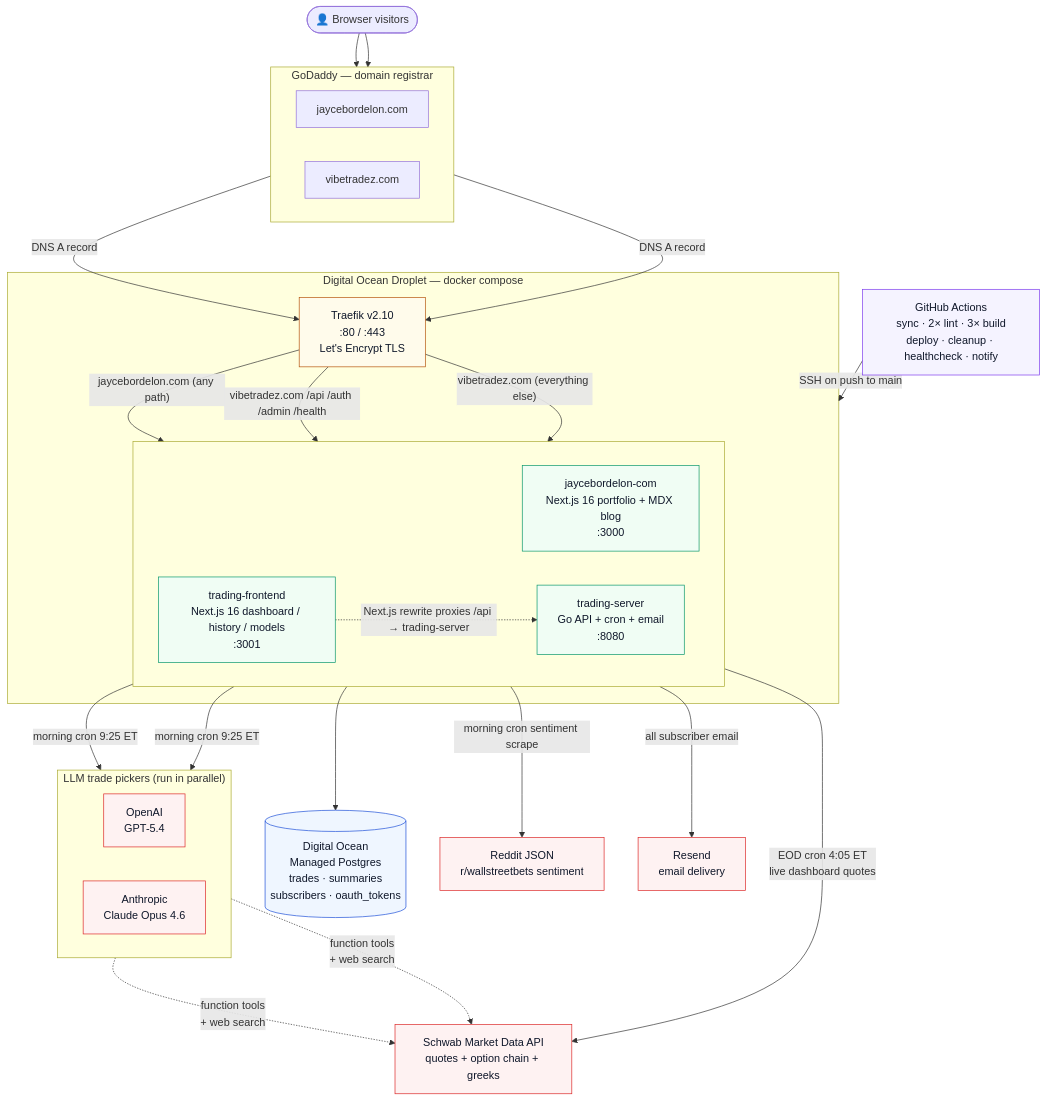
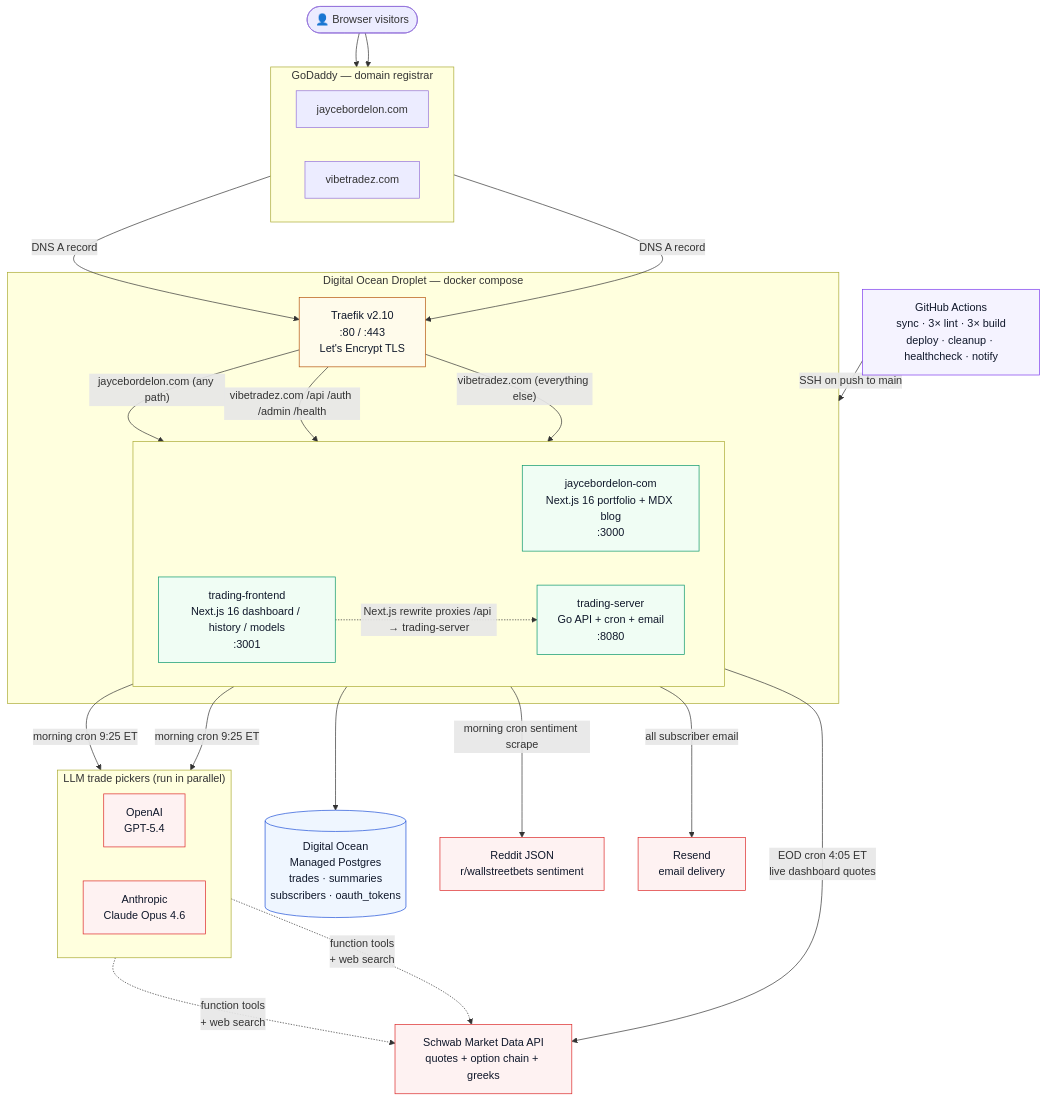
One commit to JayceBordelon/jaycestuff changed the first of 2 diagrams in README.md. Above: the diagram before and after it, drawn with Mermaid. The commit also changed other lines of this file and 5 other files, not shown here.

````diff
--- a/README.md
+++ b/README.md
@@ -7,63 +7,63 @@
 ```mermaid
 flowchart TB
     classDef external fill:#fef2f2,stroke:#dc2626,color:#0f172a
     classDef droplet fill:#f0fdf4,stroke:#059669,color:#0f172a
     classDef ci fill:#f5f3ff,stroke:#7c3aed,color:#0f172a
     classDef data fill:#eff6ff,stroke:#1d4ed8,color:#0f172a
     classDef edge fill:#fffbeb,stroke:#b45309,color:#0f172a
 
     User(["👤 Browser visitors"])
 
     subgraph DNS["GoDaddy — domain registrar"]
       direction LR
       D1["jaycebordelon.com"]
       D2["vibetradez.com"]
     end
 
     subgraph Droplet["Digital Ocean Droplet — docker compose"]
       Traefik["Traefik v2.10<br/>:80 / :443<br/>Let's Encrypt TLS"]:::edge
 
       subgraph Apps[" "]
         direction LR
         JBC["jaycebordelon-com<br/>Next.js 16 portfolio + MDX blog<br/>:3000"]:::droplet
         TF["trading-frontend<br/>Next.js 16 dashboard / history / models<br/>:3001"]:::droplet
         TS["trading-server<br/>Go API + cron + email<br/>:8080"]:::droplet
       end
 
       Traefik -- "jaycebordelon.com (any path)" --> JBC
       Traefik -- "vibetradez.com /api /auth /admin /health" --> TS
       Traefik -- "vibetradez.com (everything else)" --> TF
       TF -. "Next.js rewrite proxies /api → trading-server" .-> TS
     end
 
     DB[("Digital Ocean<br/>Managed Postgres<br/>trades · summaries<br/>subscribers · oauth_tokens")]:::data
 
     subgraph Pickers["LLM trade pickers (run in parallel)"]
       direction LR
       OAI["OpenAI<br/>GPT-5.4"]:::external
       ANT["Anthropic<br/>Claude Opus 4.6"]:::external
     end
 
     Schwab["Schwab Market Data API<br/>quotes + option chain + greeks"]:::external
     Reddit["Reddit JSON<br/>r/wallstreetbets sentiment"]:::external
     Resend["Resend<br/>email delivery"]:::external
 
-    GH["GitHub Actions<br/>sync · 2× lint · 3× build<br/>deploy · cleanup · healthcheck · notify"]:::ci
+    GH["GitHub Actions<br/>sync · 3× lint · 3× build<br/>deploy · cleanup · healthcheck · notify"]:::ci
 
     User --> D1
     User --> D2
     D1 -- "DNS A record" --> Traefik
     D2 -- "DNS A record" --> Traefik
 
     TS --> DB
     TS -- "morning cron 9:25 ET" --> OAI
     TS -- "morning cron 9:25 ET" --> ANT
     TS -- "EOD cron 4:05 ET<br/>live dashboard quotes" --> Schwab
     TS -- "morning cron sentiment scrape" --> Reddit
     TS -- "all subscriber email" --> Resend
 
     OAI -. "function tools<br/>+ web search" .-> Schwab
     ANT -. "function tools<br/>+ web search" .-> Schwab
 
     GH -- "SSH on push to main" --> Droplet
 ```
````
